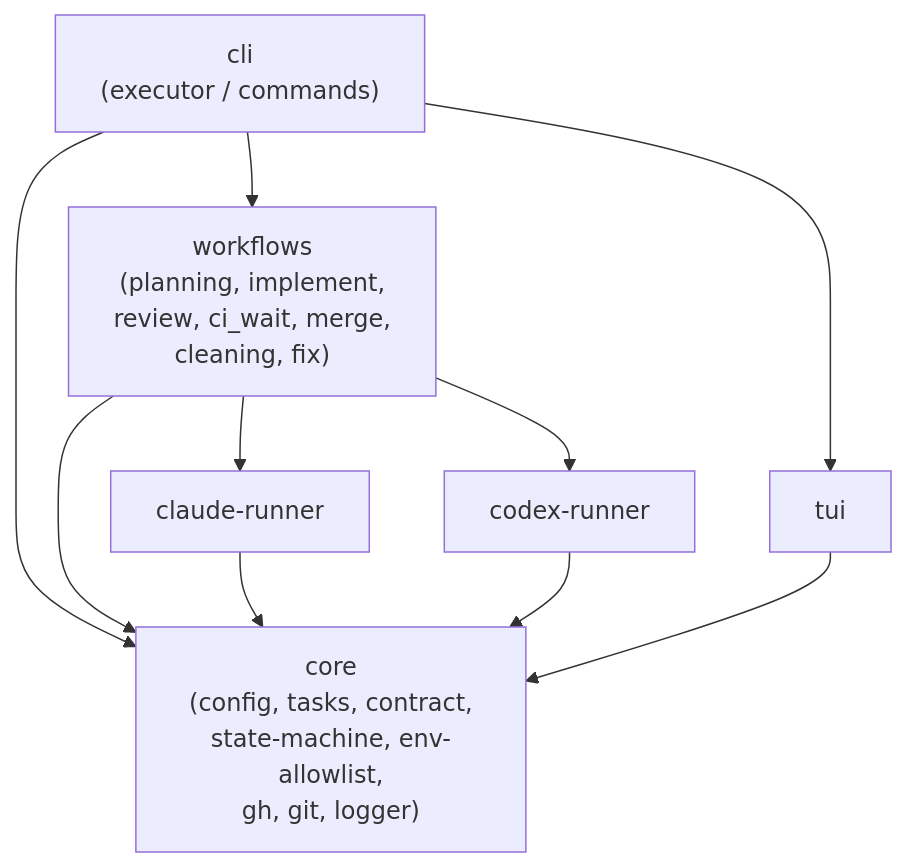
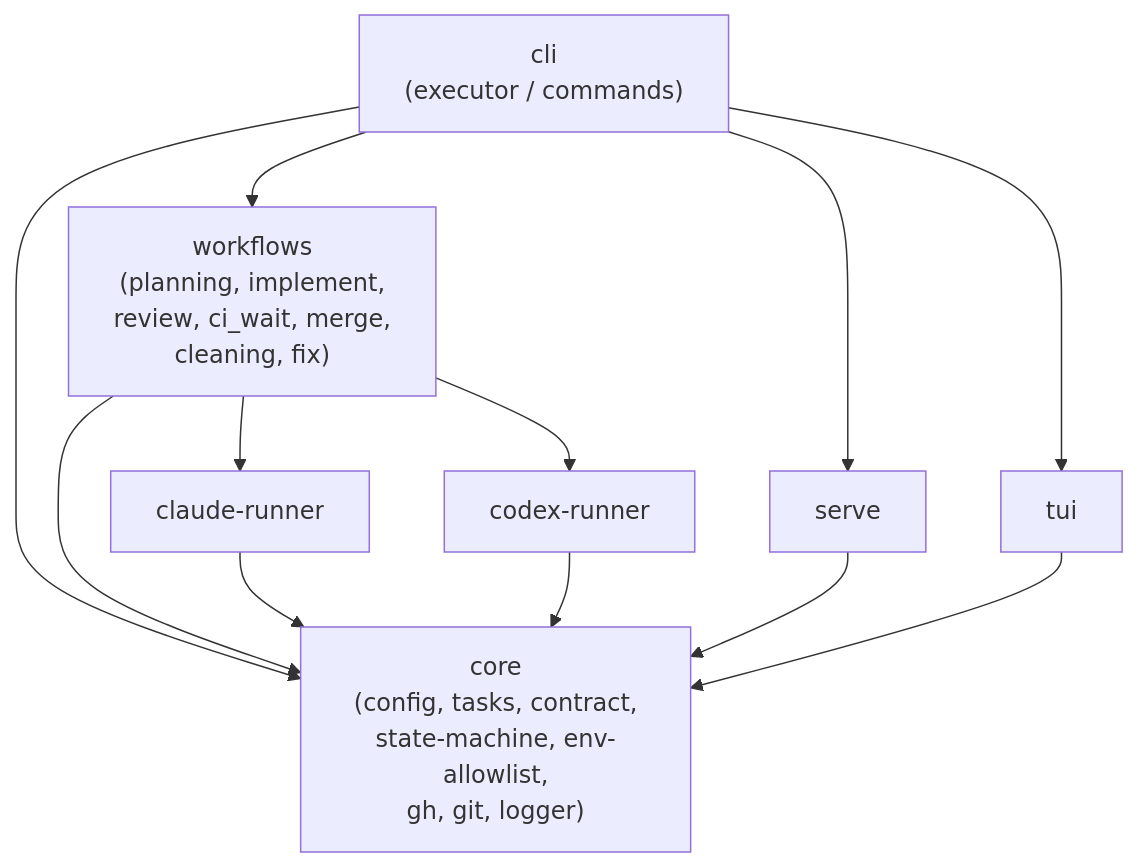
One commit to cattyneo/agent-autokit changed the first of 6 diagrams in guides/dev/02-architecture.md. Above: the diagram before and after it, drawn with Mermaid. The commit also changed other lines of this file and 15 other files, not shown here.

````diff
--- a/guides/dev/02-architecture.md
+++ b/guides/dev/02-architecture.md
@@ -19,19 +20,22 @@
 ```mermaid
 flowchart TB
   CLI["cli<br/>(executor / commands)"]
   WF["workflows<br/>(planning, implement,<br/>review, ci_wait, merge,<br/>cleaning, fix)"]
   CORE["core<br/>(config, tasks, contract,<br/>state-machine, env-allowlist,<br/>gh, git, logger)"]
   CR["claude-runner"]
   CXR["codex-runner"]
+  SERVE["serve"]
   TUI["tui"]
 
   CLI --> WF
   CLI --> CORE
+  CLI --> SERVE
   CLI --> TUI
   WF --> CORE
   WF --> CR
   WF --> CXR
   CR --> CORE
   CXR --> CORE
+  SERVE --> CORE
   TUI --> CORE
 ```
````
